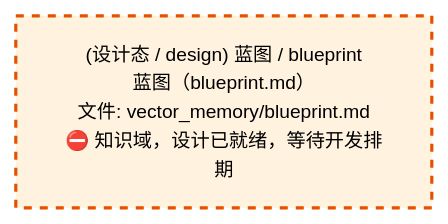
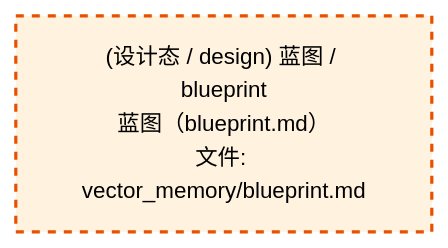
The second of 2 diagrams in docs/02_enterprise_architecture/02_domain_architecture_docs/58_d_knowledge.md (xuanFelixVan/ZephyrAlpha), drawn with Mermaid before and after one commit. The commit also changed other lines of this file and 61 other files, not shown here.

````diff
--- a/docs/02_enterprise_architecture/02_domain_architecture_docs/58_d_knowledge.md
+++ b/docs/02_enterprise_architecture/02_domain_architecture_docs/58_d_knowledge.md
@@ -74,10 +74,10 @@
 ```mermaid
-%%{init: {'theme': 'base', 'themeVariables': {'primaryColor': '#eaeaea', 'primaryTextColor': '#333333', 'primaryBorderColor': '#666666', 'lineColor': '#666666', 'secondaryColor': '#eaeaea', 'tertiaryColor': '#eaeaea', 'fontSize': '12px'}}}%%
+%%{init: {'theme': 'base', 'themeVariables': {'primaryColor': '#eaeaea', 'primaryTextColor': '#333333', 'primaryBorderColor': '#666666', 'lineColor': '#666666', 'secondaryColor': '#eaeaea', 'tertiaryColor': '#eaeaea', 'fontSize': '14px'}}}%%
 flowchart TD
-    docs_03_modules_domain_knowledge_vector_memory_blueprint_md["(设计态 / design) 蓝图 / blueprint<br/>蓝图（blueprint.md）<br/>文件: vector_memory/blueprint.md<br/>⛔ 知识域，设计已就绪，等待开发排期"]
+    docs_03_modules_domain_knowledge_vector_memory_blueprint_md["(设计态 / design) 蓝图 / blueprint<br/>蓝图（blueprint.md）<br/>文件: vector_memory/blueprint.md"]
     classDef production fill:#e1f5fe,stroke:#01579b,stroke-width:2px,color:#000
     classDef design fill:#fff3e0,stroke:#e65100,stroke-width:2px,color:#000,stroke-dasharray: 5 5
     classDef external_prod fill:#e8f4fd,stroke:#0277bd,stroke-width:1px,color:#000
     classDef external_design fill:#fff8e7,stroke:#ef6c00,stroke-width:1px,color:#000,stroke-dasharray: 5 5
     class docs_03_modules_domain_knowledge_vector_memory_blueprint_md design
 ```
````
